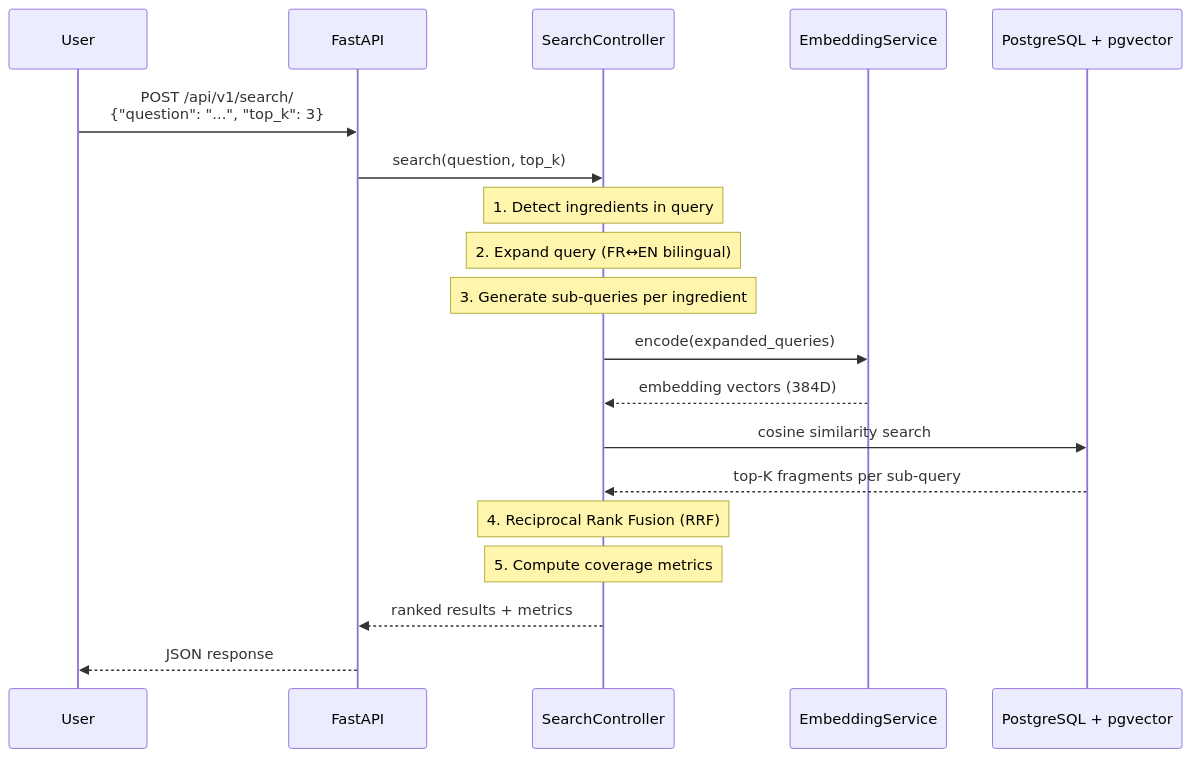
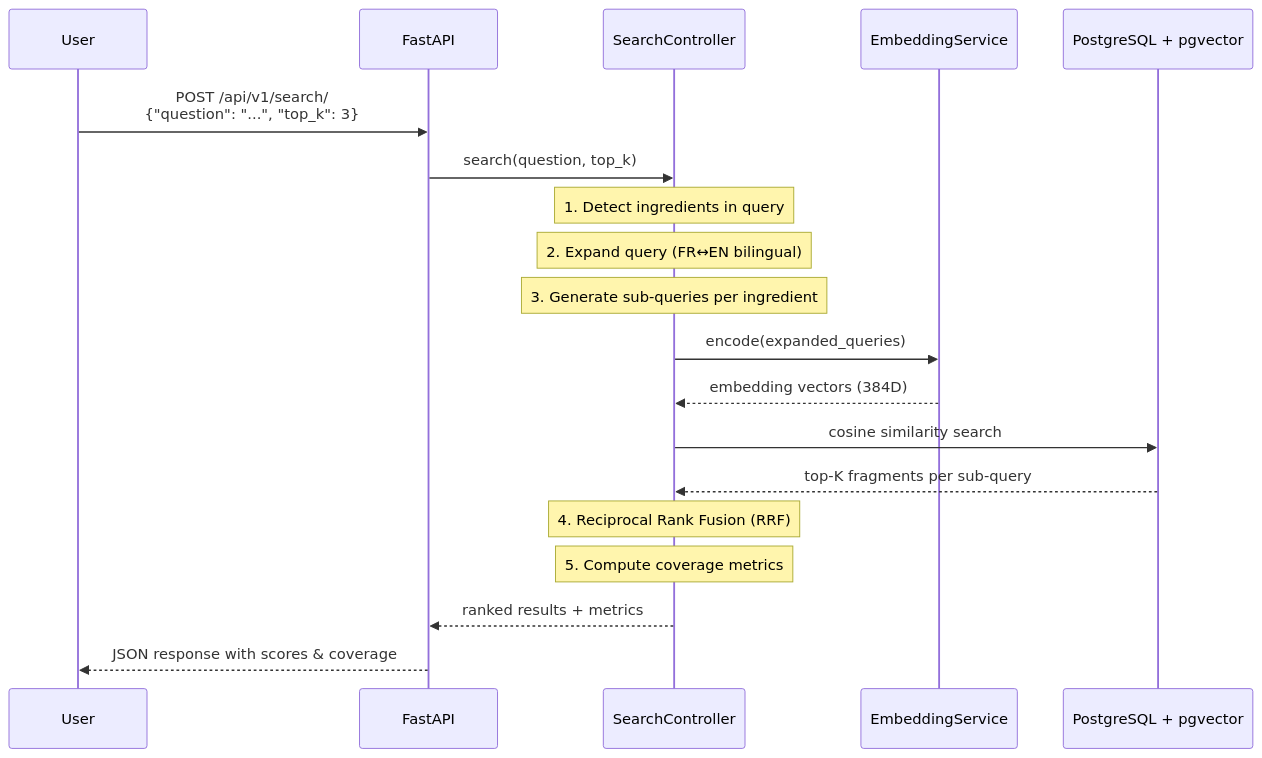
One commit to MarouaHattab/AMT--ROSE-BLANCHE changed the second of 3 diagrams in README.md. Above: the diagram before and after it, drawn with Mermaid. The commit also changed other lines of this file and 4 other files, not shown here.

First line of the commit message:
Rewrite README with banner, evaluation metrics (Recall@3, MRR@3), and detailed architecture

````diff
--- a/README.md
+++ b/README.md
@@ -164,27 +360,27 @@
 ```mermaid
 sequenceDiagram
     participant U as User
     participant API as FastAPI
     participant SC as SearchController
     participant ES as EmbeddingService
     participant PG as PostgreSQL + pgvector
 
     U->>API: POST /api/v1/search/<br/>{"question": "...", "top_k": 3}
     API->>SC: search(question, top_k)
 
     Note over SC: 1. Detect ingredients in query
     Note over SC: 2. Expand query (FR↔EN bilingual)
     Note over SC: 3. Generate sub-queries per ingredient
 
     SC->>ES: encode(expanded_queries)
     ES-->>SC: embedding vectors (384D)
 
     SC->>PG: cosine similarity search
     PG-->>SC: top-K fragments per sub-query
 
     Note over SC: 4. Reciprocal Rank Fusion (RRF)
     Note over SC: 5. Compute coverage metrics
 
     SC-->>API: ranked results + metrics
-    API-->>U: JSON response
+    API-->>U: JSON response with scores & coverage
 ```
````
